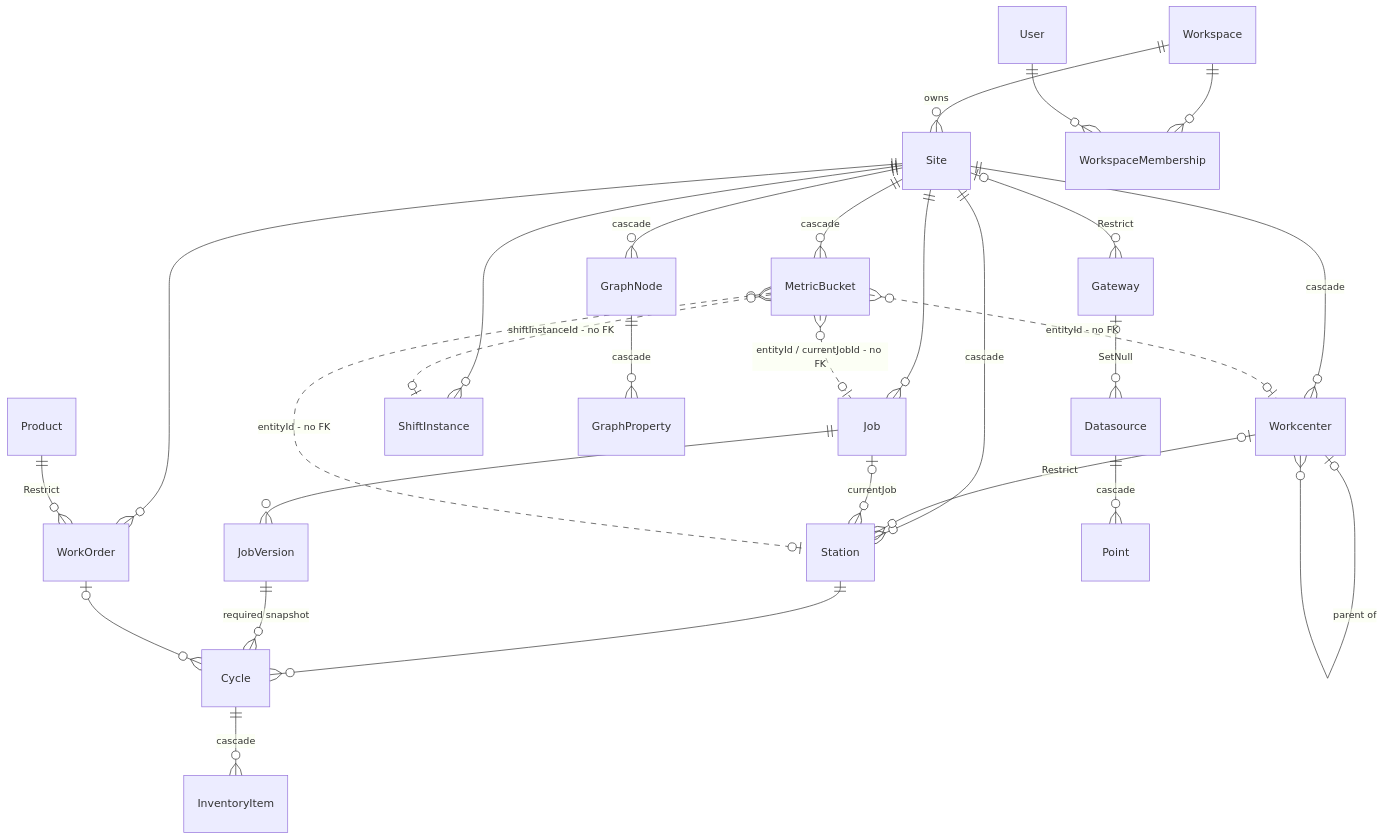
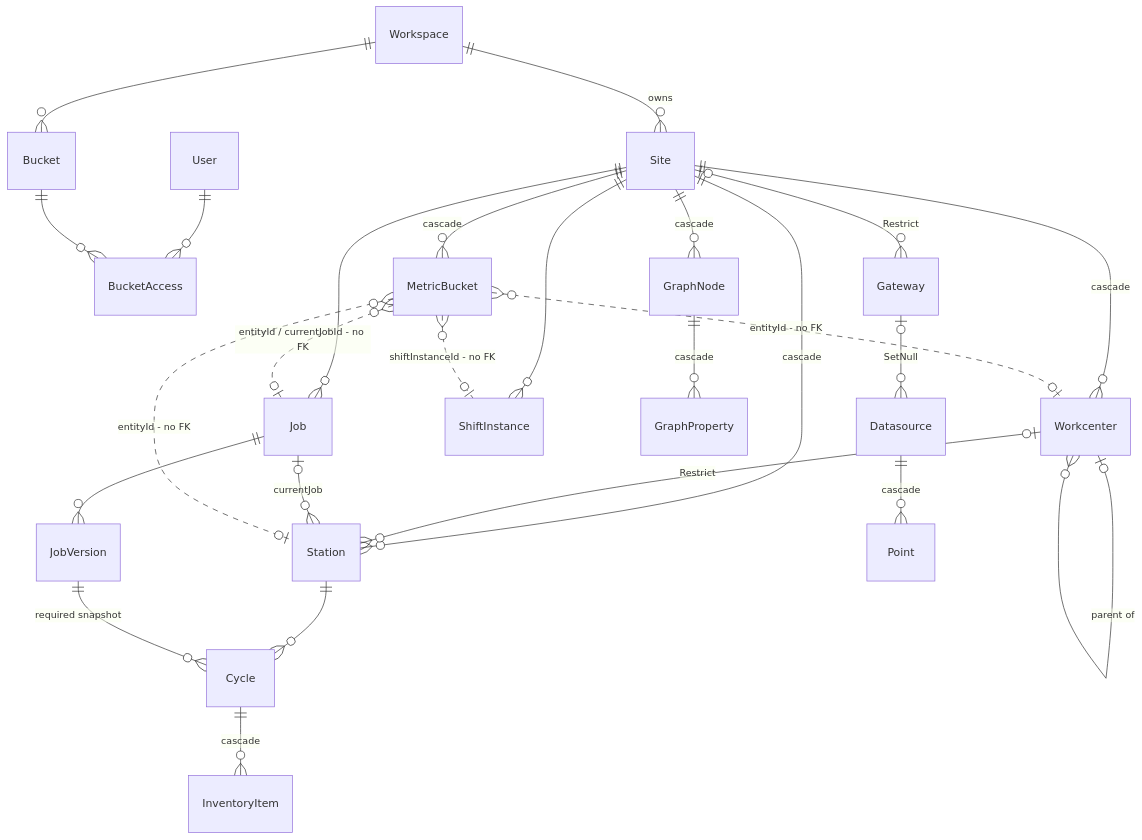
Before and after one commit to rockwarehq/rw-server: the first of 17 diagrams in docs/architecture/erd.md, drawn with Mermaid. The commit also changed other lines of this file and 32 other files, not shown here.

````diff
--- a/docs/architecture/erd.md
+++ b/docs/architecture/erd.md
@@ -18,30 +18,28 @@
 ```mermaid
 erDiagram
   Workspace ||--o{ Site : "owns"
-  Workspace ||--o{ WorkspaceMembership : ""
-  User ||--o{ WorkspaceMembership : ""
+  Workspace ||--o{ Bucket : ""
+  User ||--o{ BucketAccess : ""
+  Bucket ||--o{ BucketAccess : ""
   Site ||--o{ Workcenter : "cascade"
   Workcenter |o--o{ Workcenter : "parent of"
   Site ||--o{ Station : "cascade"
   Workcenter |o--o{ Station : "Restrict"
   Job |o--o{ Station : "currentJob"
   Job ||--o{ JobVersion : ""
   Site ||--o{ Job : ""
   Station ||--o{ Cycle : ""
   JobVersion ||--o{ Cycle : "required snapshot"
-  WorkOrder |o--o{ Cycle : ""
-  Site ||--o{ WorkOrder : ""
-  Product ||--o{ WorkOrder : "Restrict"
   Cycle ||--o{ InventoryItem : "cascade"
   Site ||--o{ ShiftInstance : ""
   Site ||--o{ MetricBucket : "cascade"
   MetricBucket }o..o| Station : "entityId - no FK"
   MetricBucket }o..o| Workcenter : "entityId - no FK"
   MetricBucket }o..o| Job : "entityId / currentJobId - no FK"
   MetricBucket }o..o| ShiftInstance : "shiftInstanceId - no FK"
   Site ||--o{ GraphNode : "cascade"
   GraphNode ||--o{ GraphProperty : "cascade"
   Site |o--o{ Gateway : "Restrict"
   Gateway |o--o{ Datasource : "SetNull"
   Datasource ||--o{ Point : "cascade"
 ```
````
